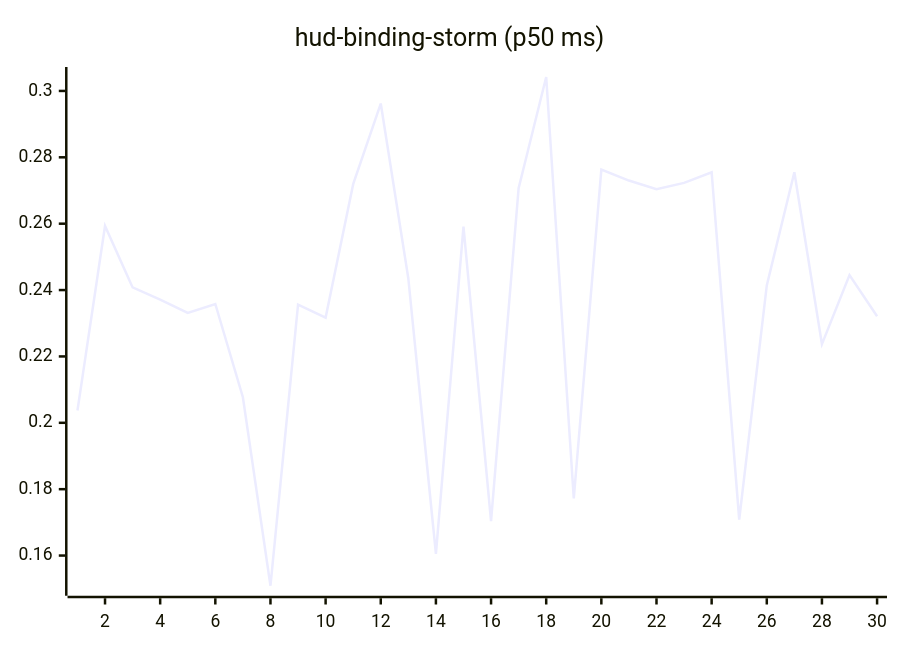
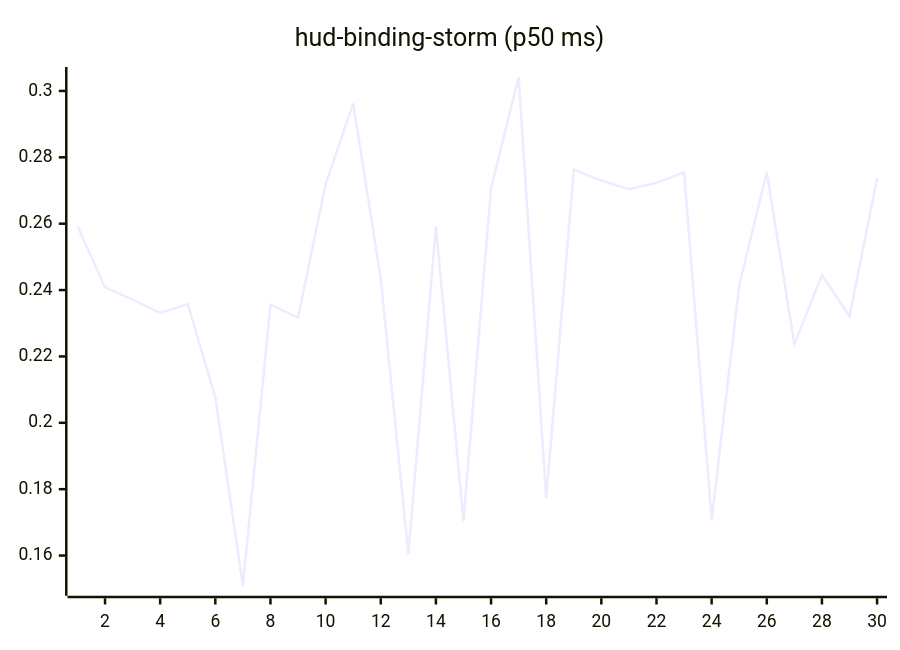
The tenth of 27 diagrams in README.md (josha/Facet), drawn with Mermaid before and after one commit. The commit also changed other lines of this file and 2 other files, not shown here.

````diff
--- a/README.md
+++ b/README.md
@@ -126,6 +126,6 @@
 ```mermaid
 xychart-beta
     title "hud-binding-storm (p50 ms)"
     x-axis 1 --> 30
-    line [0.2037, 0.2593, 0.2408, 0.2371, 0.2331, 0.2358, 0.2077, 0.1509, 0.2356, 0.2317, 0.2719, 0.2962, 0.2435, 0.1605, 0.2591, 0.1704, 0.2707, 0.3042, 0.1772, 0.2763, 0.2730, 0.2704, 0.2723, 0.2755, 0.1708, 0.2414, 0.2755, 0.2237, 0.2445, 0.2321]
+    line [0.2593, 0.2408, 0.2371, 0.2331, 0.2358, 0.2077, 0.1509, 0.2356, 0.2317, 0.2719, 0.2962, 0.2435, 0.1605, 0.2591, 0.1704, 0.2707, 0.3042, 0.1772, 0.2763, 0.2730, 0.2704, 0.2723, 0.2755, 0.1708, 0.2414, 0.2755, 0.2237, 0.2445, 0.2321, 0.2737]
 ```
````
